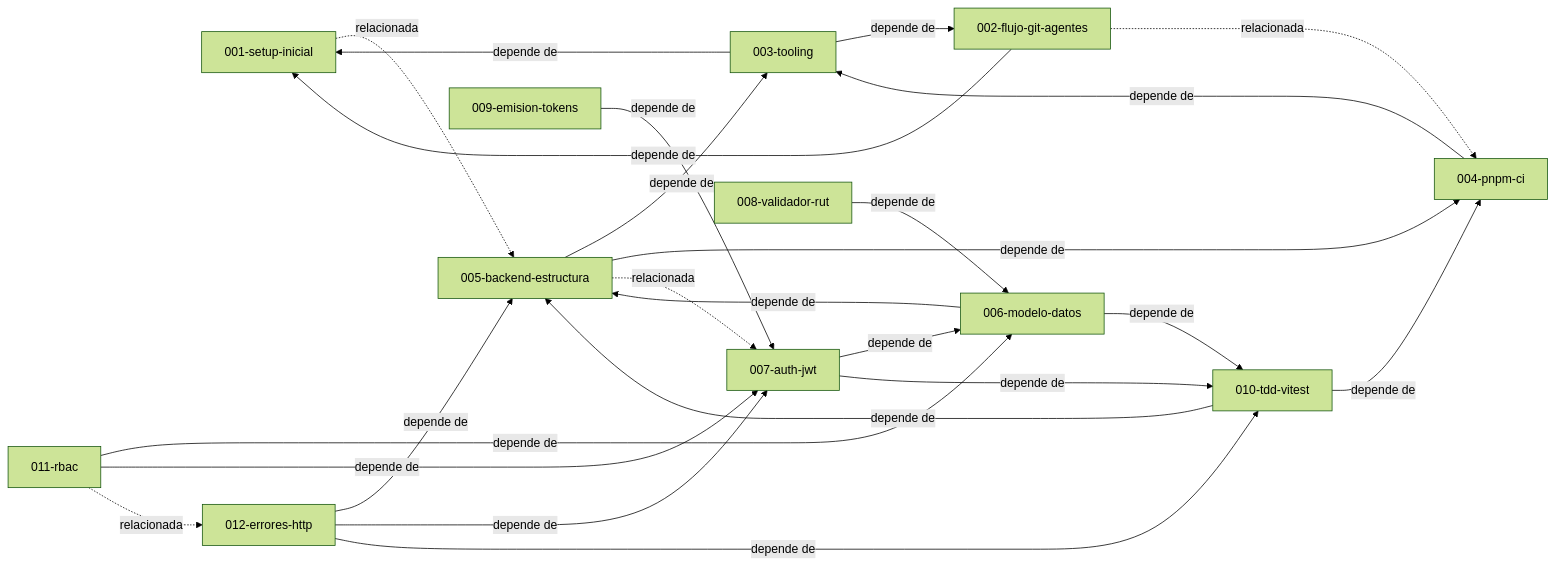
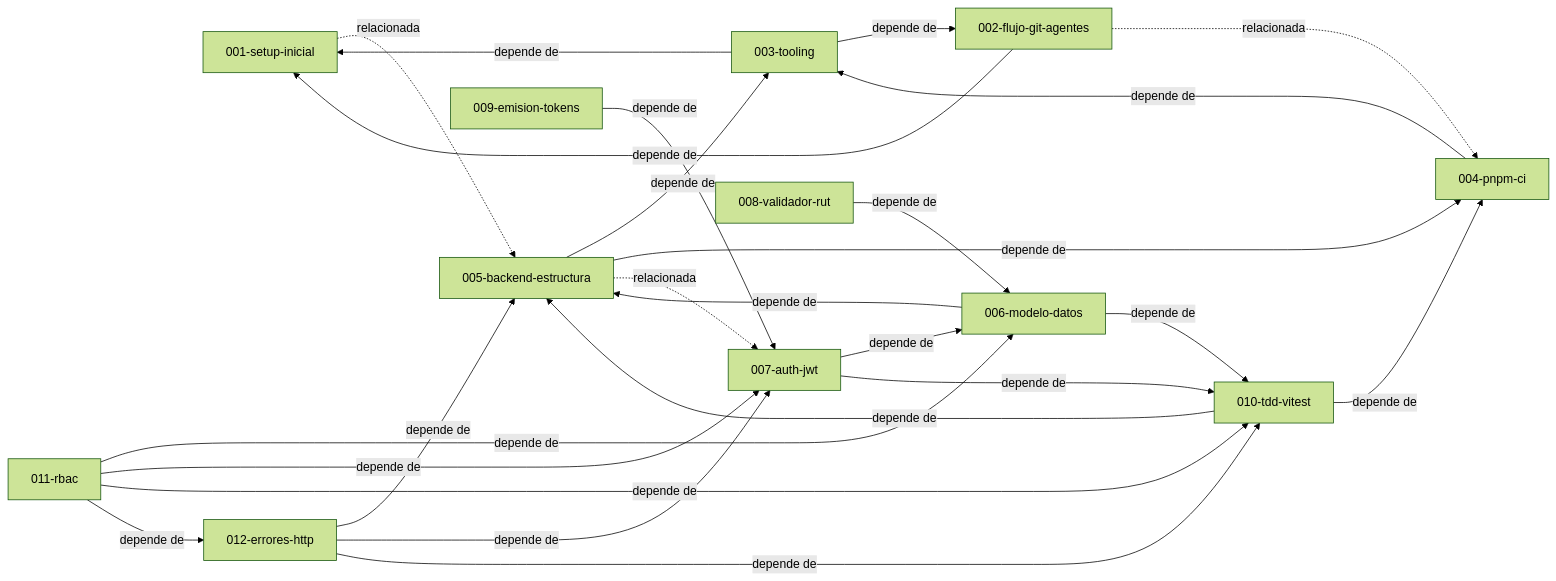
The diagram in docs/specs/README.md (DavidSlva/financial-risk-manager), drawn with Mermaid (forest theme) before and after one commit. The commit also changed other lines of this file and 22 other files, not shown here.

````diff
--- a/docs/specs/README.md
+++ b/docs/specs/README.md
@@ -24,38 +24,39 @@
 ```mermaid
 graph LR
   S001[001-setup-inicial]
   S002[002-flujo-git-agentes]
   S003[003-tooling]
   S004[004-pnpm-ci]
   S005[005-backend-estructura]
   S006[006-modelo-datos]
   S007[007-auth-jwt]
   S008[008-validador-rut]
   S009[009-emision-tokens]
   S010[010-tdd-vitest]
   S011[011-rbac]
   S012[012-errores-http]
   S001 -.->|relacionada| S005
   S002 -->|depende de| S001
   S002 -.->|relacionada| S004
   S003 -->|depende de| S001
   S003 -->|depende de| S002
   S004 -->|depende de| S003
   S005 -->|depende de| S003
   S005 -->|depende de| S004
   S005 -.->|relacionada| S007
   S006 -->|depende de| S005
   S006 -->|depende de| S010
   S007 -->|depende de| S006
   S007 -->|depende de| S010
   S008 -->|depende de| S006
   S009 -->|depende de| S007
   S010 -->|depende de| S004
   S010 -->|depende de| S005
   S011 -->|depende de| S006
   S011 -->|depende de| S007
-  S011 -.->|relacionada| S012
+  S011 -->|depende de| S010
+  S011 -->|depende de| S012
   S012 -->|depende de| S005
   S012 -->|depende de| S007
   S012 -->|depende de| S010
 ```
````
